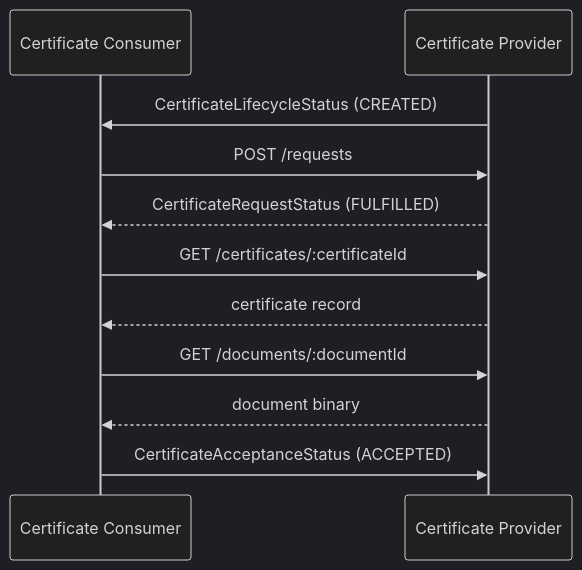
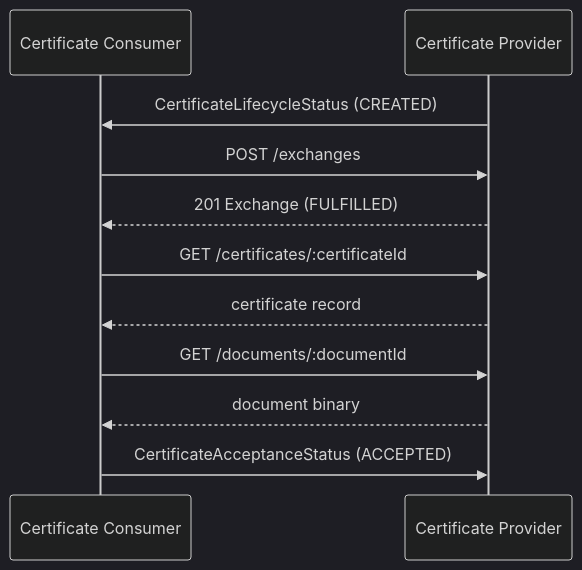
One commit to Metaform/certo changed the third of 4 diagrams in docs/sce/certificate-exchange.md. Above: the diagram before and after it, drawn with Mermaid (dark theme). The commit also changed other lines of this file and 8 other files, not shown here.

````diff
--- a/docs/sce/certificate-exchange.md
+++ b/docs/sce/certificate-exchange.md
@@ -383,13 +392,13 @@
 ```mermaid
 sequenceDiagram
     participant con as Certificate Consumer
     participant prov as Certificate Provider
     prov ->> con: CertificateLifecycleStatus (CREATED)
-    con ->> prov: POST /requests
-    prov -->> con: CertificateRequestStatus (FULFILLED)
+    con ->> prov: POST /exchanges
+    prov -->> con: 201 Exchange (FULFILLED)
     con ->> prov: GET /certificates/:certificateId
     prov -->> con: certificate record
     con ->> prov: GET /documents/:documentId
     prov -->> con: document binary
     con ->> prov: CertificateAcceptanceStatus (ACCEPTED)
 ```
````
